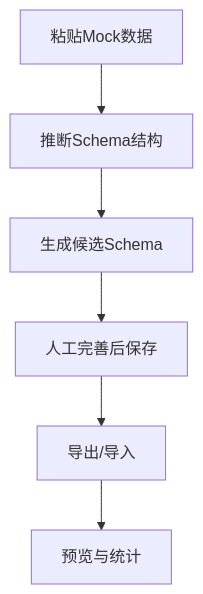
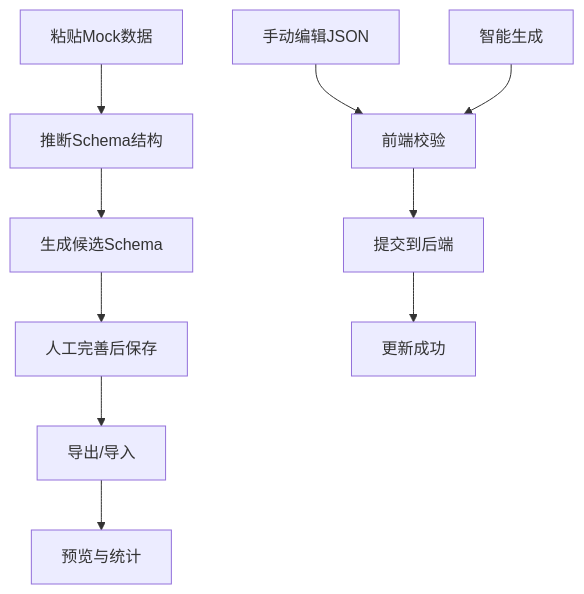
Before and after one commit to joker-yjc/printer: the sixth of 9 diagrams in .qoder/repowiki/zh/content/设计器前端应用/数据绑定系统/Schema管理.md, drawn with Mermaid. The commit also changed other lines of this file and 44 other files, not shown here.

````diff
--- a/.qoder/repowiki/zh/content/设计器前端应用/数据绑定系统/Schema管理.md
+++ b/.qoder/repowiki/zh/content/设计器前端应用/数据绑定系统/Schema管理.md
@@ -246,8 +275,12 @@
 ```mermaid
 flowchart TD
 A["粘贴Mock数据"] --> B["推断Schema结构"]
 B --> C["生成候选Schema"]
 C --> D["人工完善后保存"]
 D --> E["导出/导入"]
 E --> F["预览与统计"]
+G["手动编辑JSON"] --> H["前端校验"]
+I["智能生成"] --> H
+H --> J["提交到后端"]
+J --> K["更新成功"]
 ```
````
